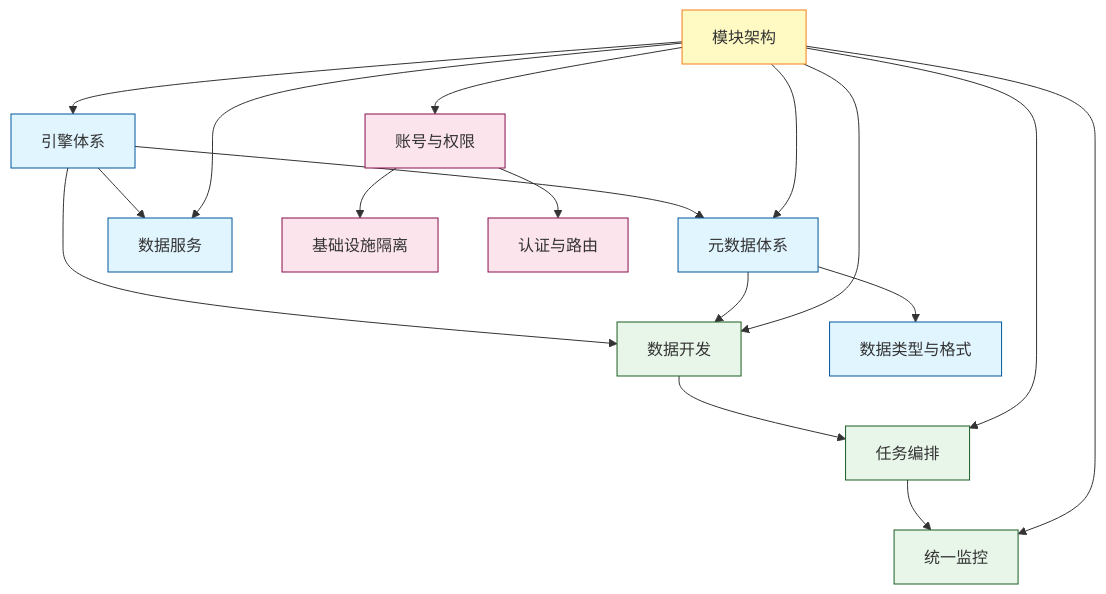
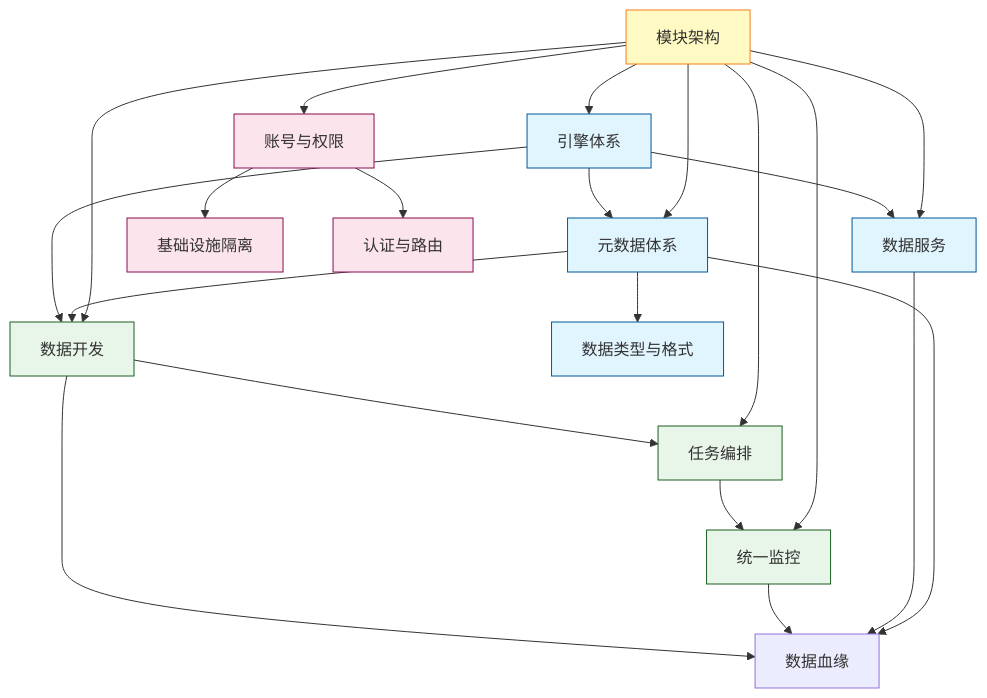
Before and after one commit to pampa0629/addp: the second of 2 diagrams in docs/concepts/addp核心概念关系图.md, drawn with Mermaid. The commit also changed other lines of this file and 665 other files, not shown here.

````diff
--- a/docs/concepts/addp核心概念关系图.md
+++ b/docs/concepts/addp核心概念关系图.md
@@ -329,34 +354,38 @@
 ```mermaid
 graph TB
     引擎[引擎体系] --> 元数据[元数据体系]
     引擎 --> 开发[数据开发]
     引擎 --> 服务[数据服务]
 
     元数据 --> 类型[数据类型与格式]
     元数据 --> 开发
 
     开发 --> 编排[任务编排]
     编排 --> 监控[统一监控]
+    开发 --> 血缘[数据血缘]
+    监控 --> 血缘
+    服务 --> 血缘
+    元数据 --> 血缘
 
     账号[账号与权限] --> 隔离[基础设施隔离]
     账号 --> 认证[认证与路由]
 
     模块[模块架构] --> 引擎
     模块 --> 账号
     模块 --> 元数据
     模块 --> 开发
     模块 --> 编排
     模块 --> 监控
     模块 --> 服务
 
     classDef architecture fill:#fff9c4,stroke:#f57f17
     classDef engine fill:#e1f5ff,stroke:#01579b
     classDef data fill:#e8f5e9,stroke:#1b5e20
     classDef auth fill:#fce4ec,stroke:#880e4f
     classDef dev fill:#f3e5f5,stroke:#4a148c
 
     class 模块 architecture
     class 引擎,元数据,类型,服务 engine
     class 开发,编排,监控 data
     class 账号,隔离,认证 auth
 ```
````
